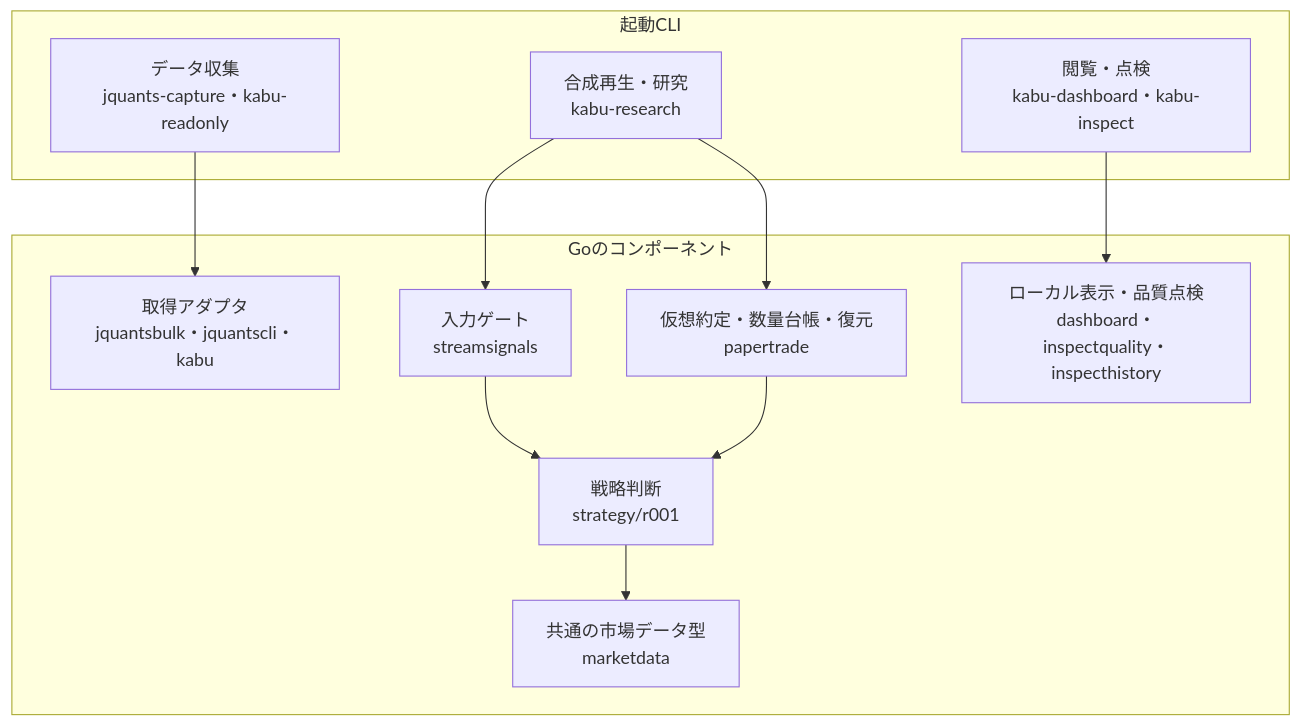
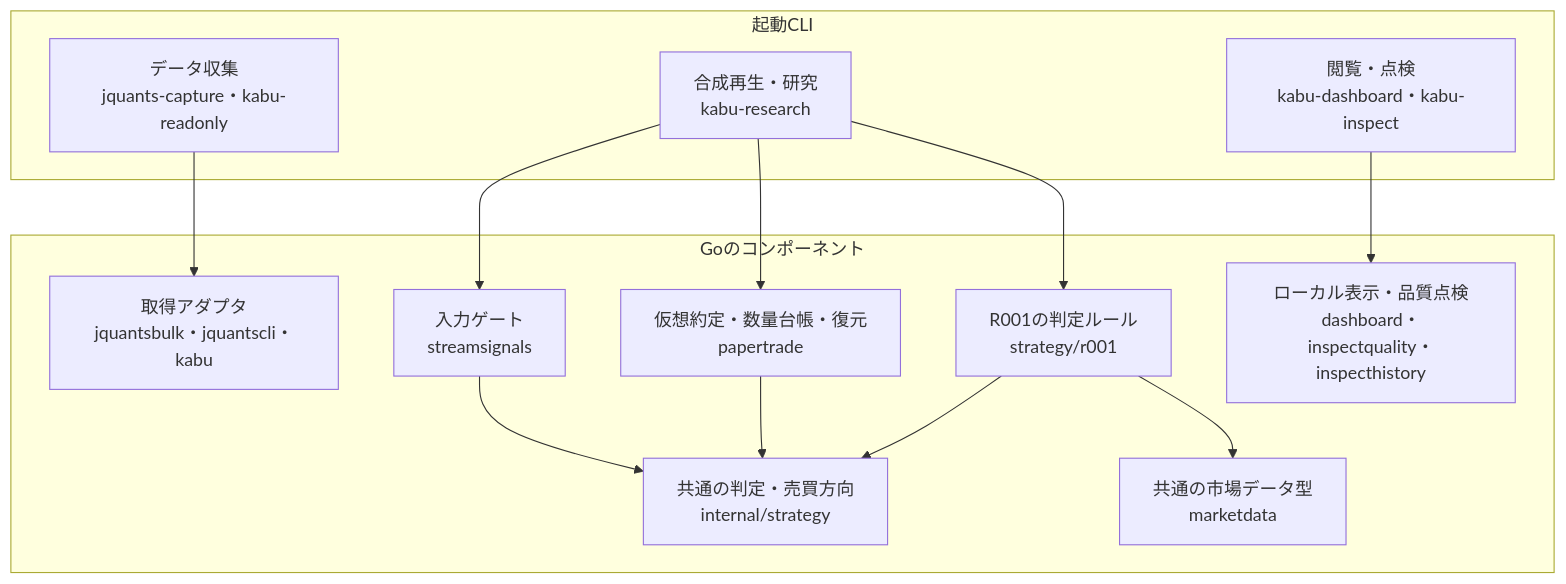
One commit to kiraemon/japan-stock-autotrader-public changed the first of 2 diagrams in docs/explanation/architecture.md. Above: the diagram before and after it, drawn with Mermaid. The commit also changed other lines of this file and 13 other files, not shown here.

Commit message:
Inject strategy decisions into synthetic paper sessions

````diff
--- a/docs/explanation/architecture.md
+++ b/docs/explanation/architecture.md
@@ -7,25 +7,28 @@
 ```mermaid
 flowchart TB
   subgraph Cli["起動CLI"]
     Capture["データ収集<br/>jquants-capture・kabu-readonly"]
     Research["合成再生・研究<br/>kabu-research"]
     Inspect["閲覧・点検<br/>kabu-dashboard・kabu-inspect"]
   end
 
   subgraph Components["Goのコンポーネント"]
     Adapters["取得アダプタ<br/>jquantsbulk・jquantscli・kabu"]
     Gate["入力ゲート<br/>streamsignals"]
     Paper["仮想約定・数量台帳・復元<br/>papertrade"]
     View["ローカル表示・品質点検<br/>dashboard・inspectquality・inspecthistory"]
-    Strategy["戦略判断<br/>strategy/r001"]
+    Strategy["R001の判定ルール<br/>strategy/r001"]
+    Contract["共通の判定・売買方向<br/>internal/strategy"]
     Market["共通の市場データ型<br/>marketdata"]
   end
 
   Capture --> Adapters
   Research --> Gate
   Research --> Paper
+  Research --> Strategy
   Inspect --> View
-  Gate --> Strategy
-  Paper --> Strategy
+  Gate --> Contract
+  Paper --> Contract
+  Strategy --> Contract
   Strategy --> Market
 ```
````
